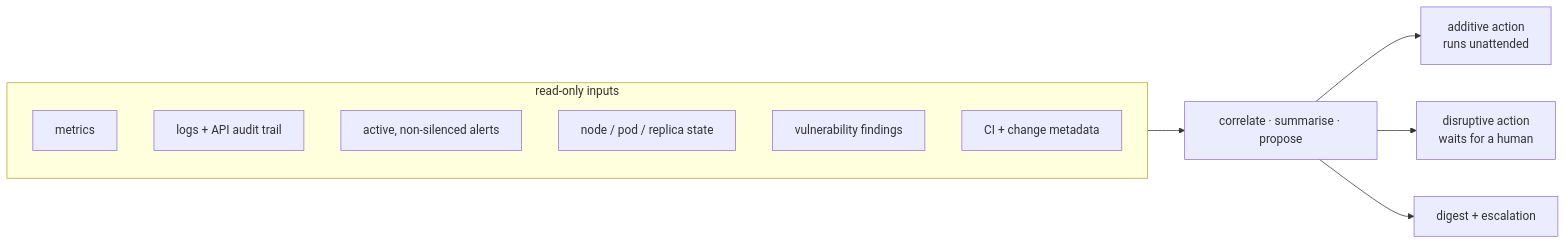
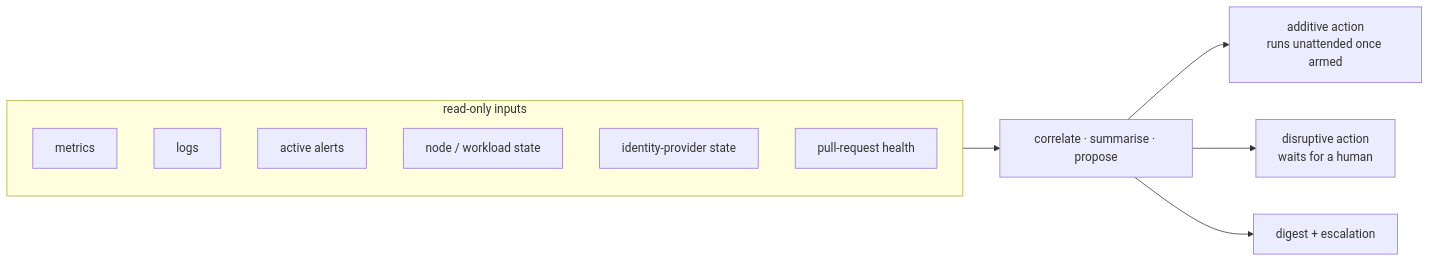
The diagram in docs/aiops.md (schultzzznet/schultzzznet), drawn with Mermaid before and after one commit. The commit also changed other lines of this file and 13 other files, not shown here.

````diff
--- a/docs/aiops.md
+++ b/docs/aiops.md
@@ -46,15 +46,15 @@
 ```mermaid
 flowchart LR
   subgraph IN["read-only inputs"]
     M["metrics"]
-    L["logs + API audit trail"]
-    A["active, non-silenced alerts"]
-    K["node / pod / replica state"]
-    V["vulnerability findings"]
-    C["CI + change metadata"]
+    L["logs"]
+    A["active alerts"]
+    K["node / workload state"]
+    C["identity-provider state"]
+    P["pull-request health"]
   end
   IN --> AG["correlate · summarise · propose"]
-  AG --> ADD["additive action<br/>runs unattended"]
+  AG --> ADD["additive action<br/>runs unattended once armed"]
   AG --> DIS["disruptive action<br/>waits for a human"]
   AG --> REP["digest + escalation"]
 ```
````
